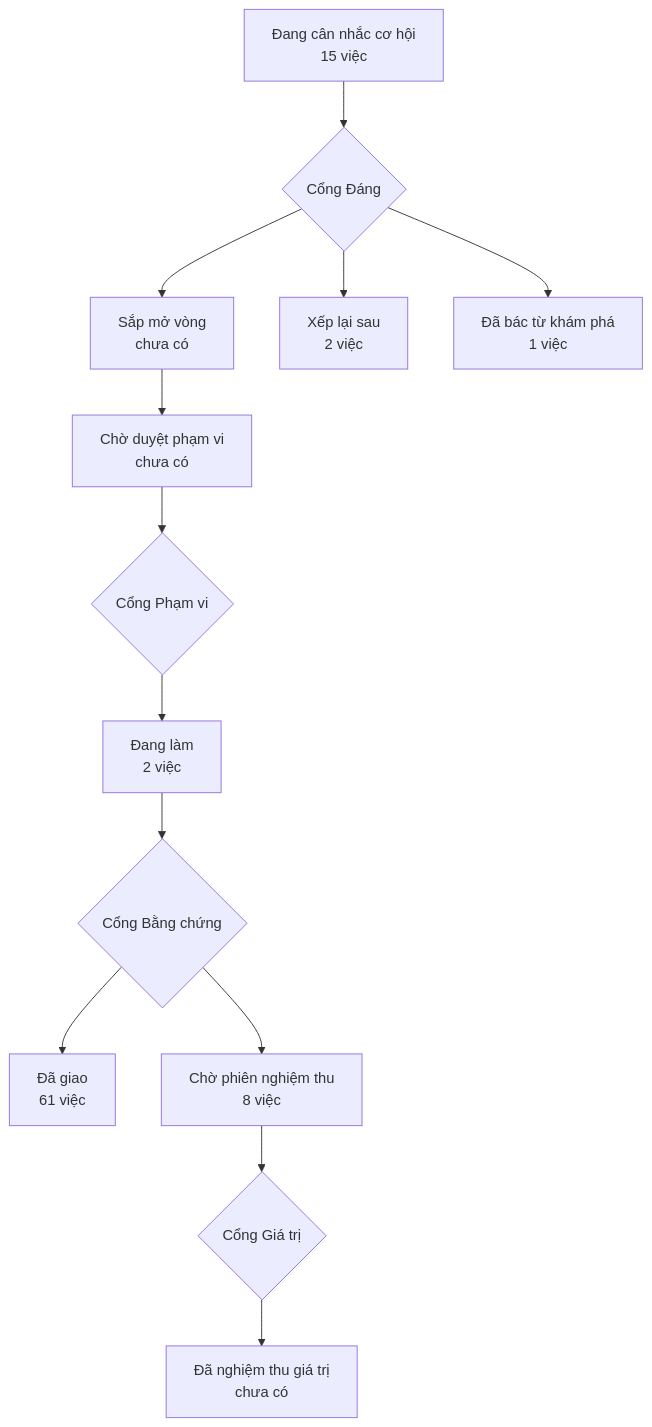
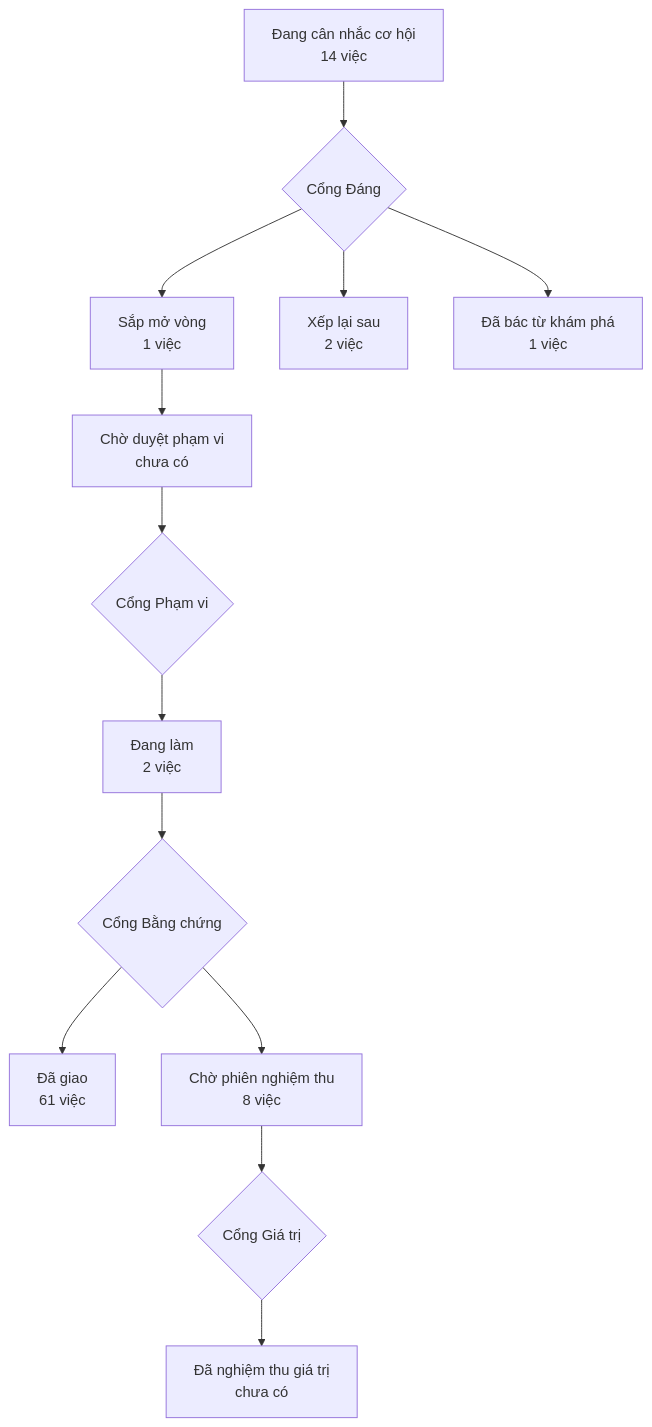
One commit to phanlemanh/acceptance-gate-kit changed the diagram in PRODUCT-MAP.md. Above: the diagram before and after it, drawn with Mermaid. The commit also changed other lines of this file and 1 other file, not shown here.

Commit message:
Gate Đáng signoff: cong-dang-co-cua — Manh Phan, build, gộp hai vết đo trên kho tiêu thụ 01/09
Vết mới đưa ô này ra khỏi hàng chờ: bản 2.5.0 chạy ở crm cho ô đã điền
ngưỡng đi đúng đường nghi thức rồi dội mã 2, và lời từ chối chỉ người đi
ngược thứ tự của kit (bảo viết hợp đồng trước Cổng Đáng). Cùng lớp đó chặn
NĂM ô ở chính kho kit, kể cả ô này.

Ràng buộc khai trước khi mở vòng: cây ghim de27babc (24/08) có làn Cổng
Đáng nhưng ra đời TRƯỚC chốt thẻ-ma (184a3646, 29/08), mà chốt đó chạy
trước đoạn tự nhận cổng. Bê nguyên về là mã chết — chốt phải học ca thứ tư
thì làn cổng thứ ba mới sống. Hai vết là một vòng.

Ngưỡng gỡ tiền tố [đề xuất] — ký là nhận. Bốn dòng, không sửa chữ.

````diff
--- a/PRODUCT-MAP.md
+++ b/PRODUCT-MAP.md
@@ -6,12 +6,12 @@
 ```mermaid
 flowchart TD
-  A["Đang cân nhắc cơ hội<br/>15 việc"] --> GD{"Cổng Đáng"}
-  GD --> B["Sắp mở vòng<br/>chưa có"]
+  A["Đang cân nhắc cơ hội<br/>14 việc"] --> GD{"Cổng Đáng"}
+  GD --> B["Sắp mở vòng<br/>1 việc"]
   GD --> XL["Xếp lại sau<br/>2 việc"]
   GD --> DB["Đã bác từ khám phá<br/>1 việc"]
   B --> CD["Chờ duyệt phạm vi<br/>chưa có"] --> GP{"Cổng Phạm vi"}
   GP --> DL["Đang làm<br/>2 việc"] --> GB{"Cổng Bằng chứng"}
   GB --> DG["Đã giao<br/>61 việc"]
   GB --> CN["Chờ phiên nghiệm thu<br/>8 việc"] --> GG{"Cổng Giá trị"}
   GG --> NT["Đã nghiệm thu giá trị<br/>chưa có"]
 ```
````
